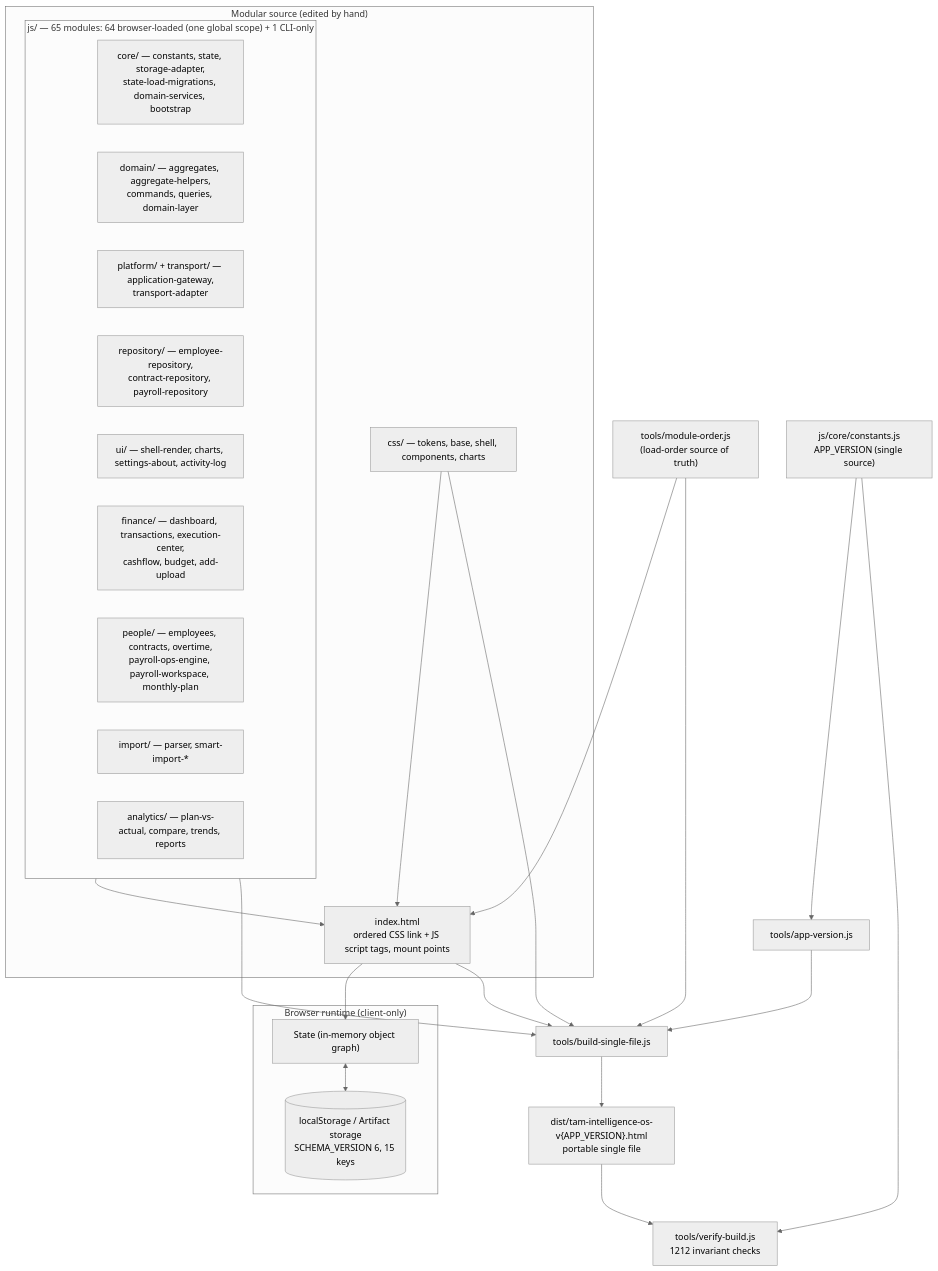
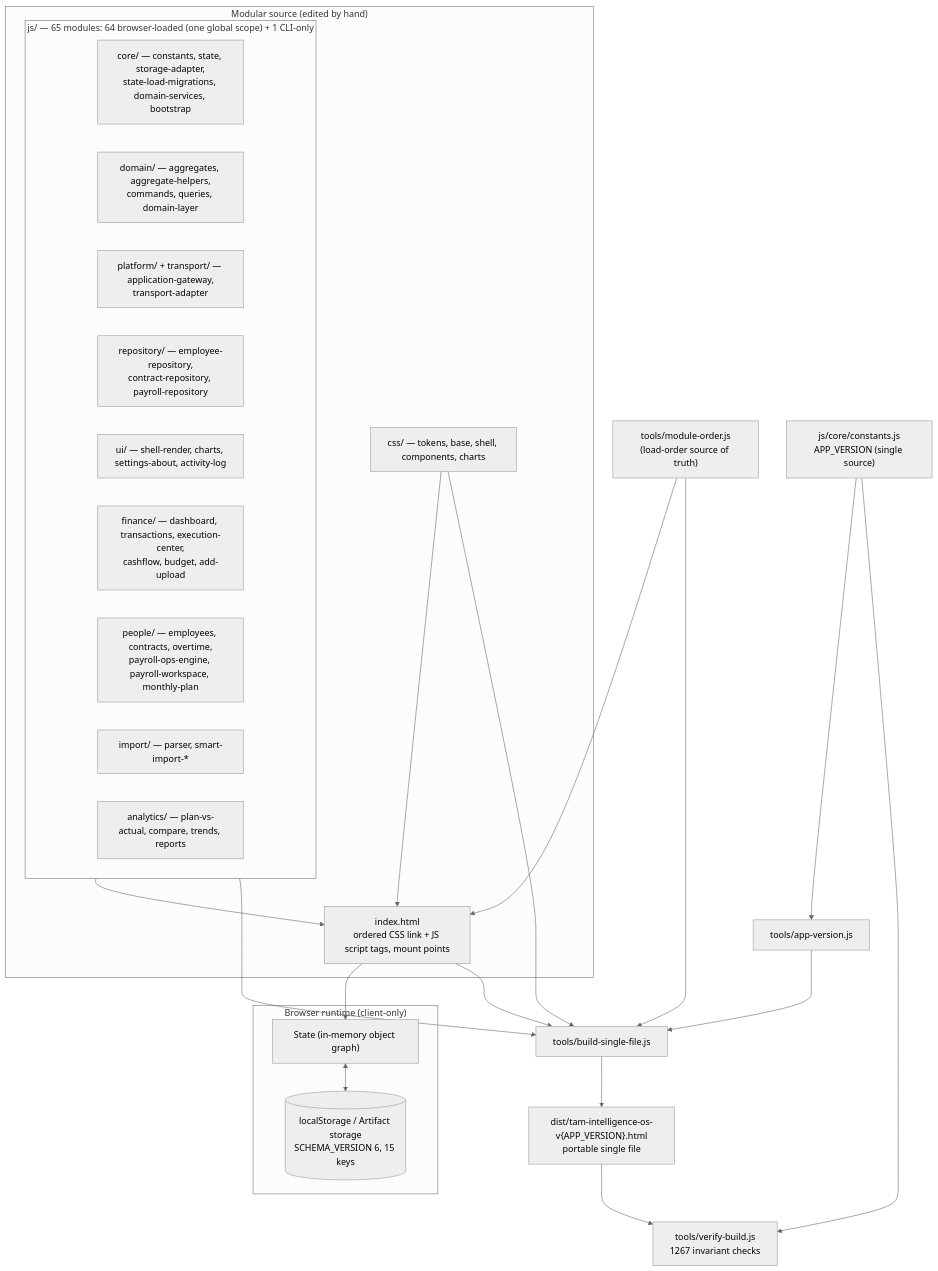
The first of 3 diagrams in ARCHITECTURE.md (fanoryu/TAM-Intelligence-OS), drawn with Mermaid (neutral theme) before and after one commit. The commit also changed other lines of this file and 1 other file, not shown here.

First line of the commit message:
docs: synchronize architecture records for v2.8.4

````diff
--- a/ARCHITECTURE.md
+++ b/ARCHITECTURE.md
@@ -45,45 +50,45 @@
 ```mermaid
 flowchart TD
   subgraph SRC["Modular source (edited by hand)"]
     IDX["index.html<br/>ordered CSS link + JS script tags, mount points"]
     CSS["css/ — tokens, base, shell, components, charts"]
     subgraph JSMOD["js/ — 65 modules: 64 browser-loaded (one global scope) + 1 CLI-only"]
       CORE["core/ — constants, state, storage-adapter,<br/>state-load-migrations, domain-services, bootstrap"]
       DOM["domain/ — aggregates, aggregate-helpers,<br/>commands, queries, domain-layer"]
       PLAT["platform/ + transport/ — application-gateway,<br/>transport-adapter"]
       REPO["repository/ — employee-repository,<br/>contract-repository, payroll-repository"]
       UI["ui/ — shell-render, charts, settings-about, activity-log"]
       FIN["finance/ — dashboard, transactions, execution-center,<br/>cashflow, budget, add-upload"]
       PPL["people/ — employees, contracts, overtime,<br/>payroll-ops-engine, payroll-workspace, monthly-plan"]
       IMP["import/ — parser, smart-import-*"]
       ANA["analytics/ — plan-vs-actual, compare, trends, reports"]
     end
   end
 
   subgraph RUN["Browser runtime (client-only)"]
     STATE["State (in-memory object graph)"]
     LS[("localStorage / Artifact storage<br/>SCHEMA_VERSION 6, 15 keys")]
   end
 
   ORDER["tools/module-order.js<br/>(load-order source of truth)"]
   CONST["js/core/constants.js<br/>APP_VERSION (single source)"]
   AV["tools/app-version.js"]
   BUILD["tools/build-single-file.js"]
-  VERIFY["tools/verify-build.js<br/>1212 invariant checks"]
+  VERIFY["tools/verify-build.js<br/>1267 invariant checks"]
   DIST["dist/tam-intelligence-os-v{APP_VERSION}.html<br/>portable single file"]
 
   CSS --> IDX
   JSMOD --> IDX
   IDX --> STATE
   STATE <--> LS
 
   ORDER --> IDX
   ORDER --> BUILD
   CONST --> AV --> BUILD
   IDX --> BUILD
   CSS --> BUILD
   JSMOD --> BUILD
   BUILD --> DIST
   DIST --> VERIFY
   CONST --> VERIFY
 ```
````
